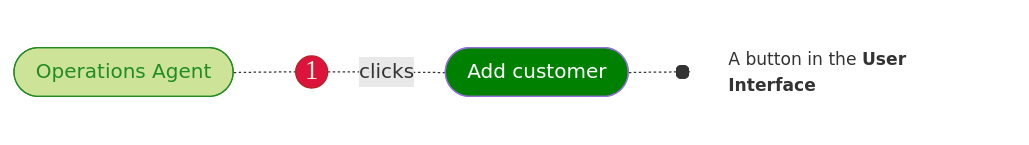
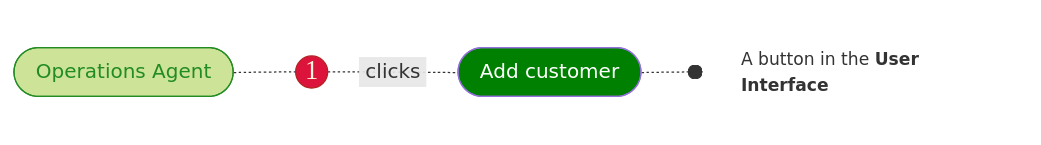
The diagram in 2025_Sage_Playa/mermaid/template_01.md (joe-dorward/samples), drawn with Mermaid before and after one commit.

````diff
--- a/2025_Sage_Playa/mermaid/template_01.md
+++ b/2025_Sage_Playa/mermaid/template_01.md
@@ -3,21 +3,21 @@
 ```mermaid
 flowchart LR
 
   %% define styles
   classDef User fill:#cde498, stroke:forestgreen, color:forestgreen;
   classDef Number fill:crimson, color:cornsilk, stroke:firebrick, font-family:verdana, font-size:16pt, padding:10px;
   classDef Button fill:green, color:white;
   classDef Note fill:transparent, stroke:white, text-align:left, font-size: 95%;
 
   %% ---------- ---------- ---------- ---------- ---------- ---------- ---------- ---------- ---------- ----------
   OPERATIONS_AGENT_01([&nbsp;Operations Agent&nbsp;]):::User
   %% ---------- ---------- ---------- ---------- ---------- ---------- ---------- ---------- ---------- ----------
   1(("1")):::Number
   ADD_CUSTOMER_01([&nbsp;Add customer&nbsp;]):::Button
   ADD_CUSTOMER_01_NOTE["A button in the <b>User Interface</b>"]:::Note
 
   OPERATIONS_AGENT_01-.-
-  1-.clicks.-
+  1-.&nbsp;clicks&nbsp;.-
   ADD_CUSTOMER_01-.-o
   ADD_CUSTOMER_01_NOTE
 ``` 
````
